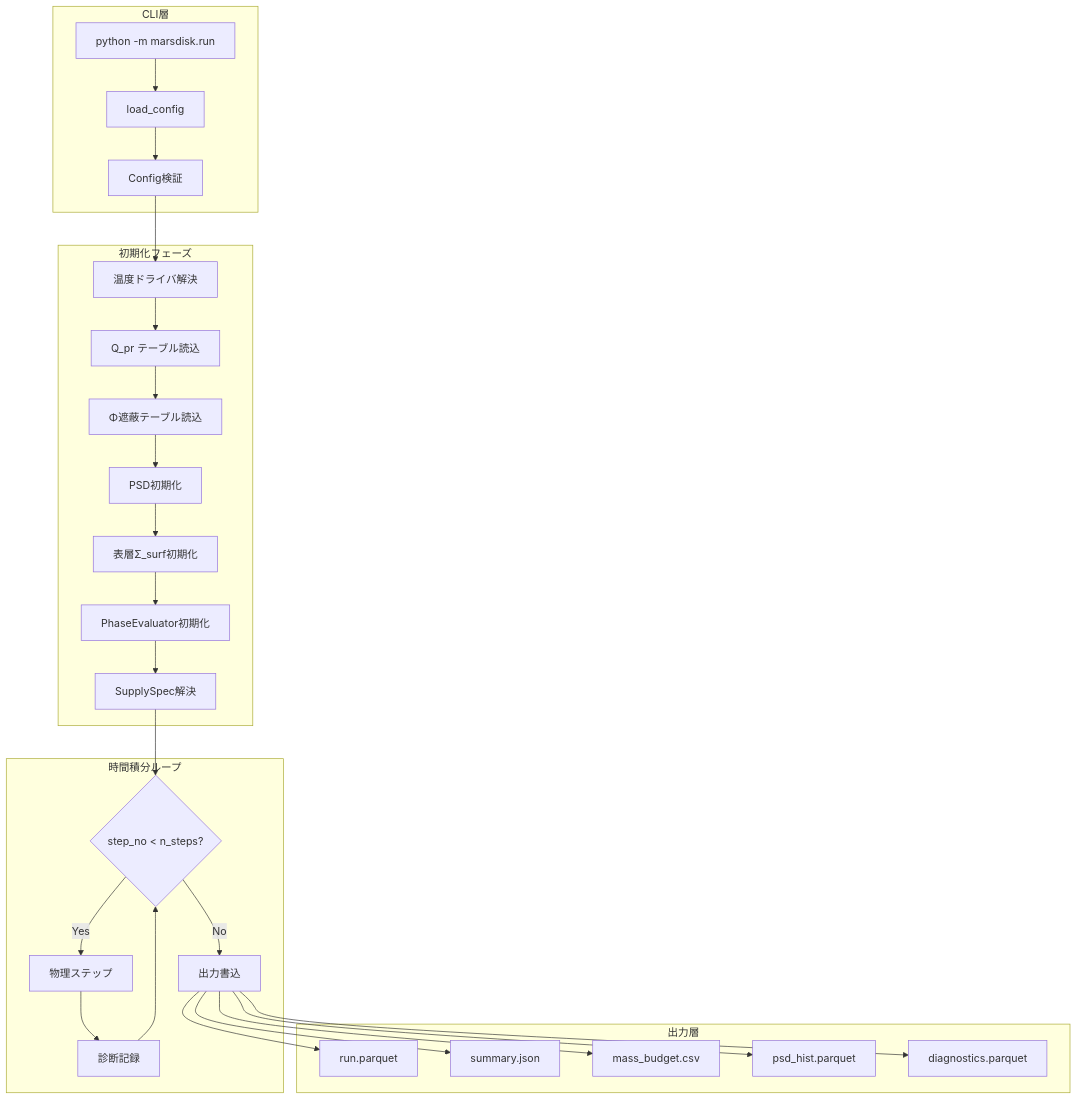
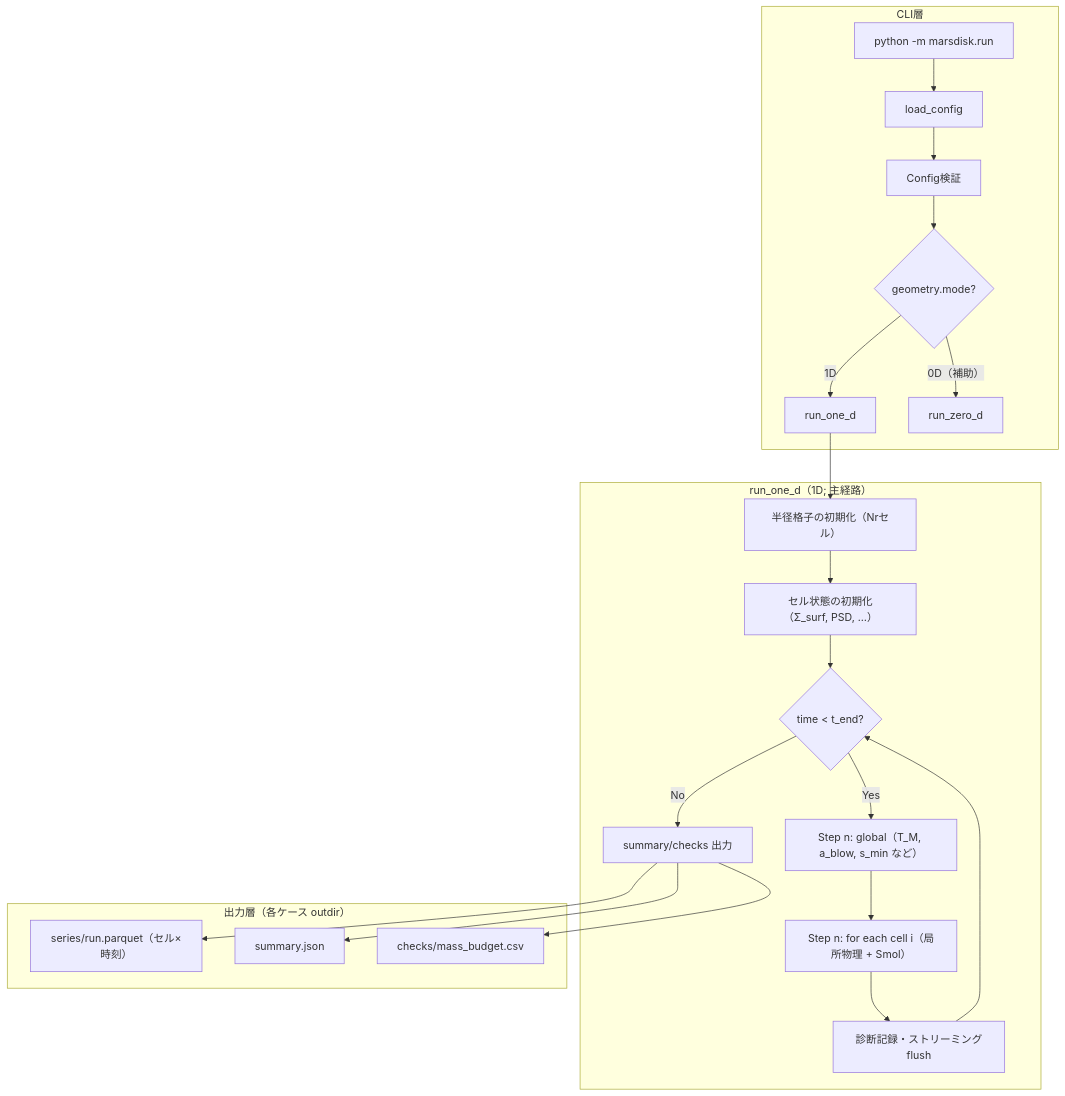
The second of 9 diagrams in analysis/physics_flow.md (Einfeld686/MarsDiskSimulation), drawn with Mermaid before and after one commit. The commit also changed other lines of this file and 3 other files, not shown here.

Commit message:
Refocus physics flow docs on run_sweep 1D Smol path

````diff
--- a/analysis/physics_flow.md
+++ b/analysis/physics_flow.md
@@ -50,33 +53,27 @@
 ```mermaid
 flowchart TB
     subgraph CLI["CLI層"]
         A[python -m marsdisk.run] --> B[load_config]
         B --> C[Config検証]
+        C --> D{geometry.mode?}
+        D -->|1D| E[run_one_d]
+        D -->|0D（補助）| F[run_zero_d]
     end
-    
-    subgraph INIT["初期化フェーズ"]
-        C --> D[温度ドライバ解決]
-        D --> E[Q_pr テーブル読込]
-        E --> F[Φ遮蔽テーブル読込]
-        F --> G[PSD初期化]
-        G --> H[表層Σ_surf初期化]
-        H --> H2[PhaseEvaluator初期化]
-        H2 --> H3[SupplySpec解決]
+
+    subgraph RUN1D["run_one_d（1D; 主経路）"]
+        E --> I0[半径格子の初期化（Nrセル）]
+        I0 --> I1[セル状態の初期化（Σ_surf, PSD, …）]
+        I1 --> I2{time < t_end?}
+        I2 -->|Yes| I3["Step n: global（T_M, a_blow, s_min など）"]
+        I3 --> I4["Step n: for each cell i（局所物理 + Smol）"]
+        I4 --> I5[診断記録・ストリーミングflush]
+        I5 --> I2
+        I2 -->|No| I6[summary/checks 出力]
     end
-    
-    subgraph LOOP["時間積分ループ"]
-        H3 --> I{step_no < n_steps?}
-        I -->|Yes| J[物理ステップ]
-        J --> K[診断記録]
-        K --> I
-        I -->|No| L[出力書込]
-    end
-    
-    subgraph OUT["出力層"]
-        L --> M[run.parquet]
-        L --> N[summary.json]
-        L --> O[mass_budget.csv]
-        L --> P[psd_hist.parquet]
-        L --> Q[diagnostics.parquet]
+
+    subgraph OUT["出力層（各ケース outdir）"]
+        I6 --> O1["series/run.parquet（セル×時刻）"]
+        I6 --> O2[summary.json]
+        I6 --> O3["checks/mass_budget.csv"]
     end
 ```
````
